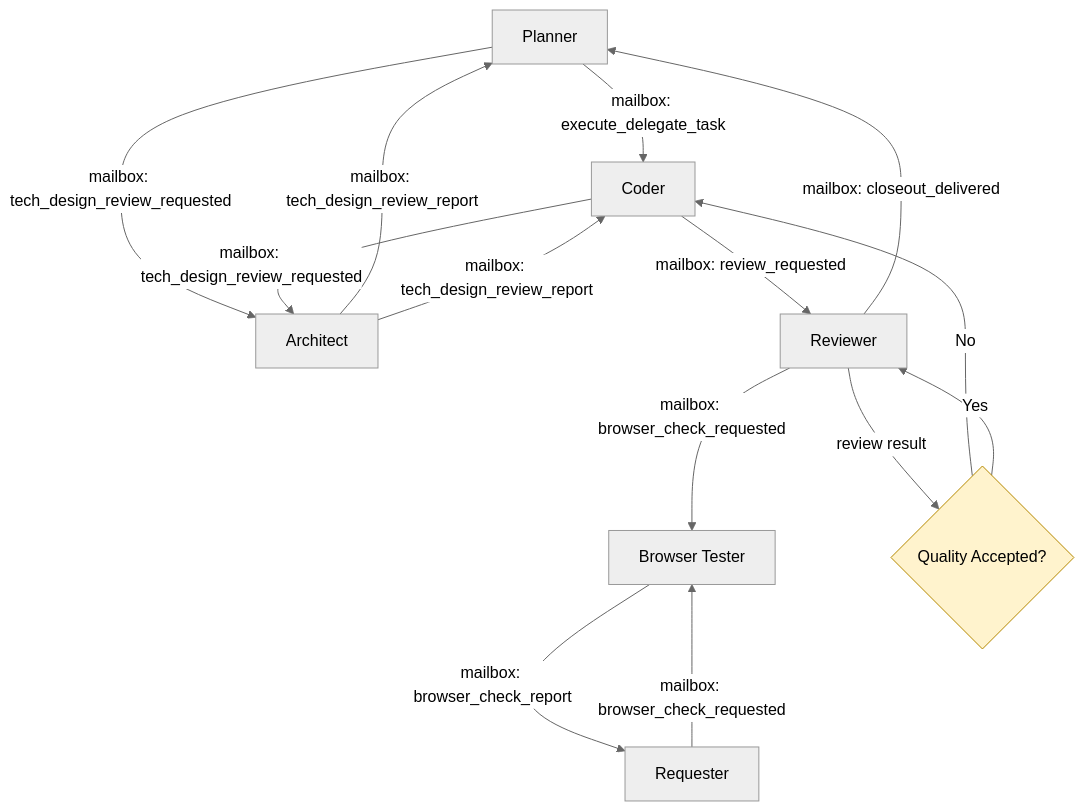
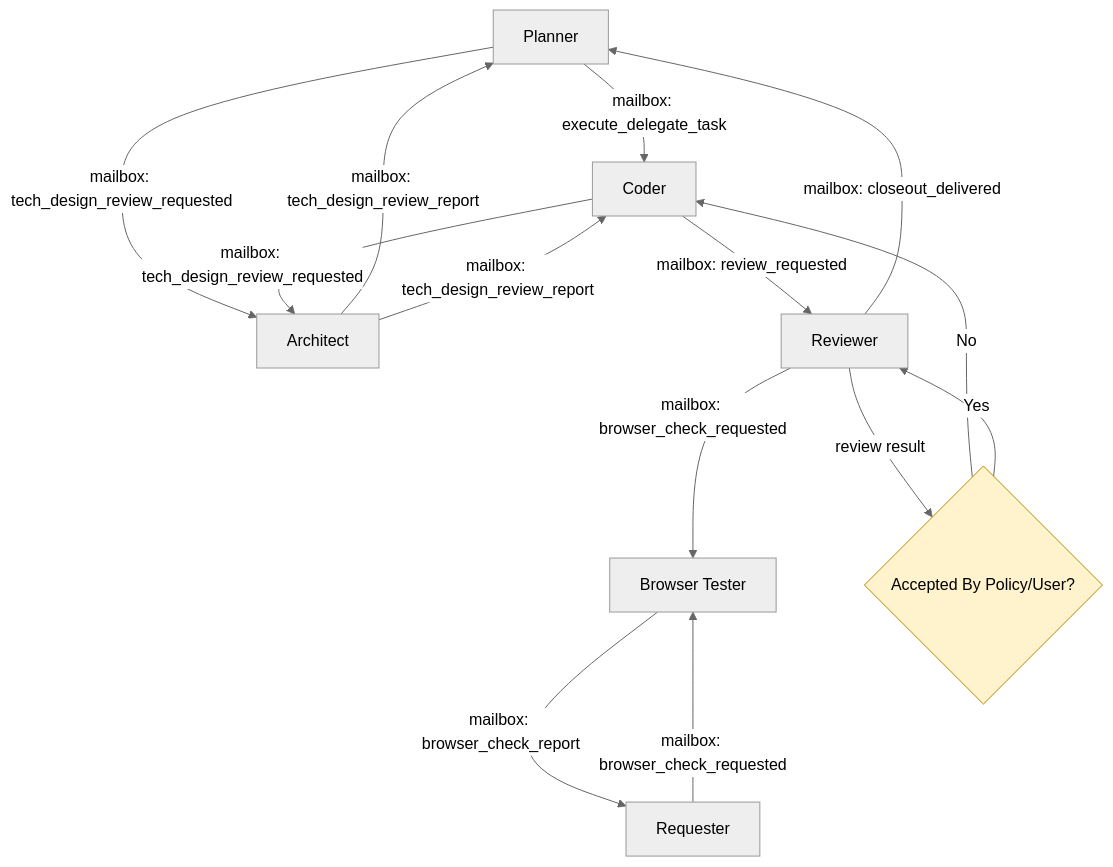
One commit to ruiheng/config_files changed the diagram in ai-agent/skills/README.md. Above: the diagram before and after it, drawn with Mermaid (neutral theme). The commit also changed other lines of this file and 4 other files, not shown here.

````diff
--- a/ai-agent/skills/README.md
+++ b/ai-agent/skills/README.md
@@ -64,18 +64,18 @@
 ```mermaid
 flowchart TD
     P[Planner] -->|mailbox: execute_delegate_task| C[Coder]
     P -->|mailbox: tech_design_review_requested| A[Architect]
     C -->|mailbox: tech_design_review_requested| A
     A -->|mailbox: tech_design_review_report| P
     A -->|mailbox: tech_design_review_report| C
     C -->|mailbox: review_requested| R[Reviewer]
     R -->|mailbox: browser_check_requested| B[Browser Tester]
     X[Requester] -->|mailbox: browser_check_requested| B
     B -->|mailbox: browser_check_report| X
-    R -->|review result| DEC{Quality Accepted?}
+    R -->|review result| DEC{Accepted By Policy/User?}
     DEC -- No --> C
     DEC -- Yes --> R
     R -->|mailbox: closeout_delivered| P
 
     style DEC fill:#fff3cd,stroke:#b58900,stroke-width:1px
 ```
````
